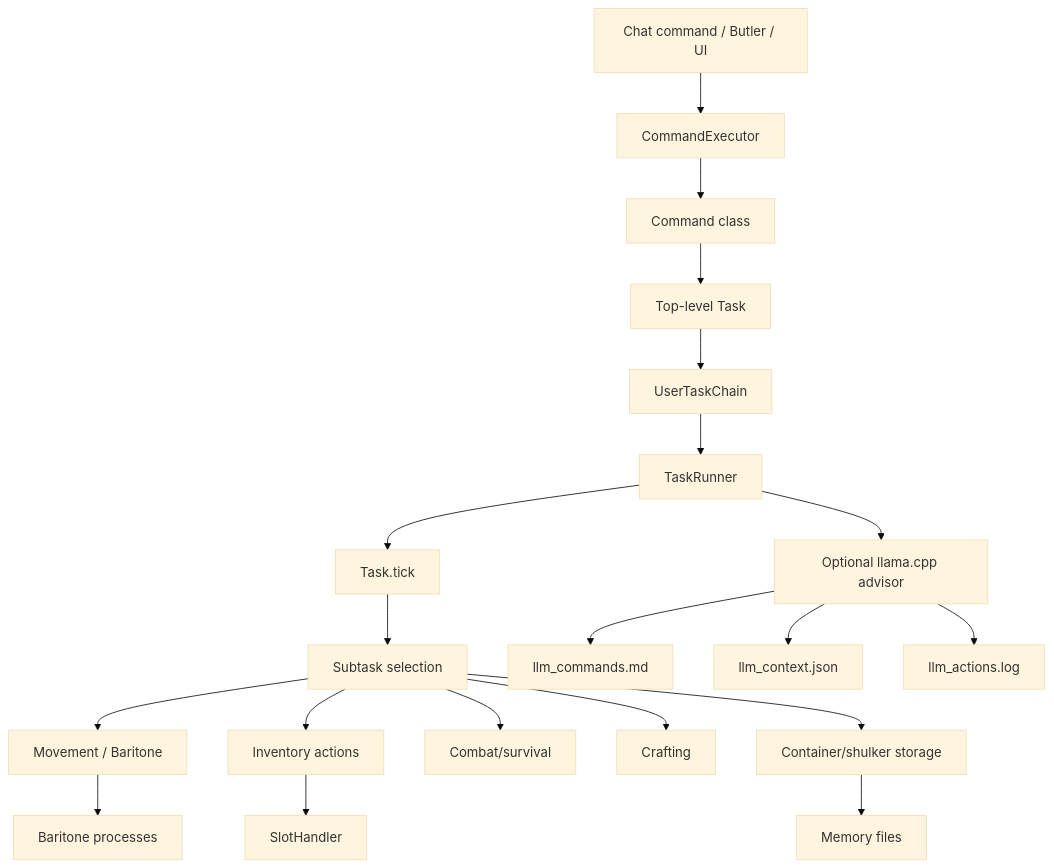
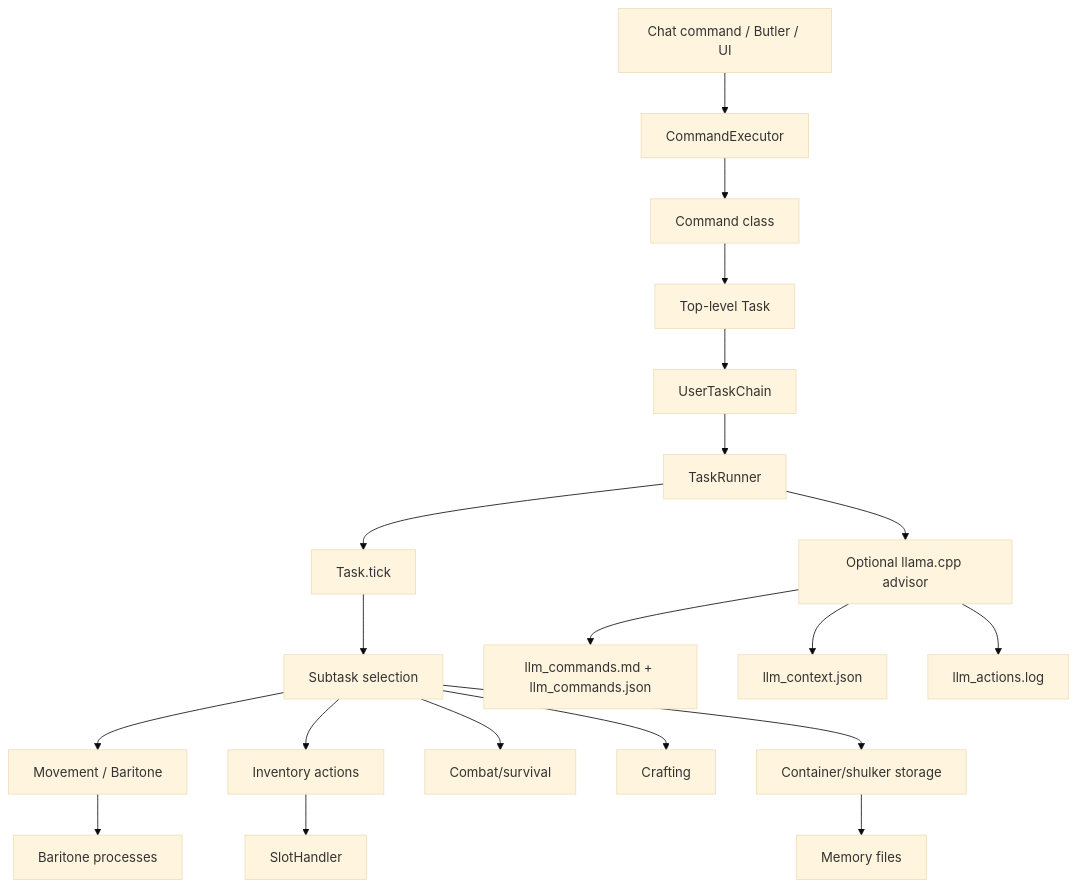
Before and after one commit to unaveragetech/Belfegor: the first of 8 diagrams in docs/ARCHITECTURE.md, drawn with Mermaid (base theme). The commit also changed other lines of this file and 7 other files, not shown here.

First line of the commit message:
Update docs and roadmap for the autonomy overhaul

````diff
--- a/docs/ARCHITECTURE.md
+++ b/docs/ARCHITECTURE.md
@@ -7,22 +7,22 @@
 ```mermaid
 flowchart TD
     Chat["Chat command / Butler / UI"] --> Executor["CommandExecutor"]
     Executor --> Command["Command class"]
     Command --> Task["Top-level Task"]
     Task --> Chain["UserTaskChain"]
     Chain --> Runner["TaskRunner"]
     Runner --> Tick["Task.tick"]
     Tick --> Subtask["Subtask selection"]
     Subtask --> Movement["Movement / Baritone"]
     Subtask --> Inventory["Inventory actions"]
     Subtask --> Combat["Combat/survival"]
     Subtask --> Crafting["Crafting"]
     Subtask --> Storage["Container/shulker storage"]
     Inventory --> SlotHandler["SlotHandler"]
     Movement --> Baritone["Baritone processes"]
     Storage --> Memory["Memory files"]
     Runner --> Advisor["Optional llama.cpp advisor"]
-    Advisor --> CommandDocs["llm_commands.md"]
+    Advisor --> CommandDocs["llm_commands.md + llm_commands.json"]
     Advisor --> Context["llm_context.json"]
     Advisor --> ActionLog["llm_actions.log"]
 ```
````
